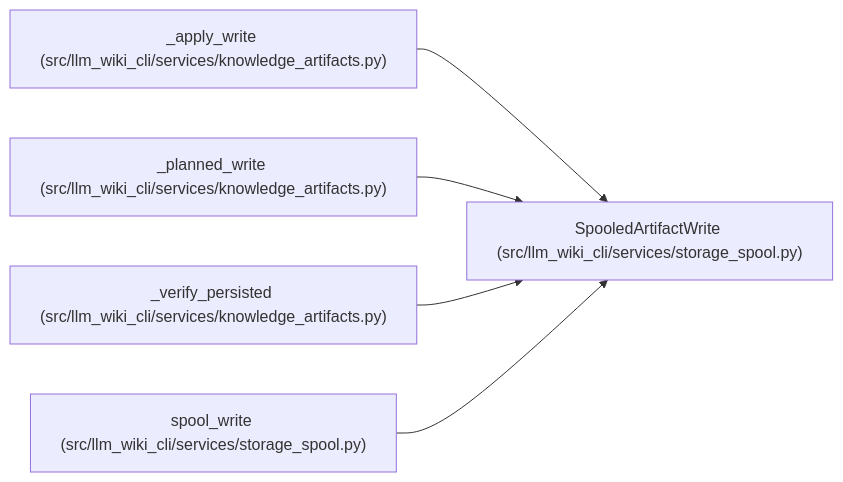
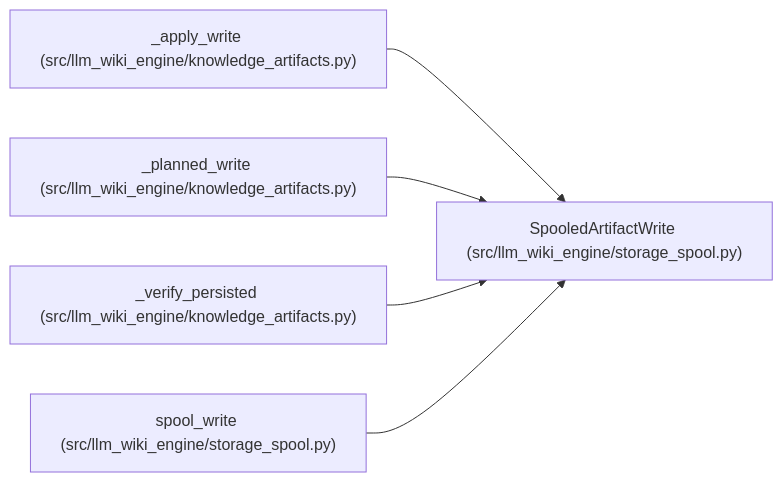
One commit to Denissvgn/python-wiki-llm changed the diagram in docs/llm_wiki/entities/SpooledArtifactWrite.md. Above: the diagram before and after it, drawn with Mermaid. The commit also changed other lines of this file and 1058 other files, not shown here.

First line of the commit message:
docs: refresh the wiki for the knowledge store move

````diff
--- a/docs/llm_wiki/entities/SpooledArtifactWrite.md
+++ b/docs/llm_wiki/entities/SpooledArtifactWrite.md
@@ -37,17 +37,17 @@
 ```mermaid
 flowchart LR
-    n0["SpooledArtifactWrite (src/llm_wiki_cli/services/storage_spool.py)"]
-    n1["_apply_write (src/llm_wiki_cli/services/knowledge_artifacts.py)"]
-    n2["_planned_write (src/llm_wiki_cli/services/knowledge_artifacts.py)"]
-    n3["_verify_persisted (src/llm_wiki_cli/services/knowledge_artifacts.py)"]
-    n4["spool_write (src/llm_wiki_cli/services/storage_spool.py)"]
+    n0["SpooledArtifactWrite (src/llm_wiki_engine/storage_spool.py)"]
+    n1["_apply_write (src/llm_wiki_engine/knowledge_artifacts.py)"]
+    n2["_planned_write (src/llm_wiki_engine/knowledge_artifacts.py)"]
+    n3["_verify_persisted (src/llm_wiki_engine/knowledge_artifacts.py)"]
+    n4["spool_write (src/llm_wiki_engine/storage_spool.py)"]
     n1 --> n0
     n2 --> n0
     n3 --> n0
     n4 --> n0
     click n0 "../modules/storage_spool.md"
     click n1 "../modules/knowledge_artifacts.md"
     click n2 "../modules/knowledge_artifacts.md"
     click n3 "../modules/knowledge_artifacts.md"
     click n4 "../modules/storage_spool.md"
 ```
````
